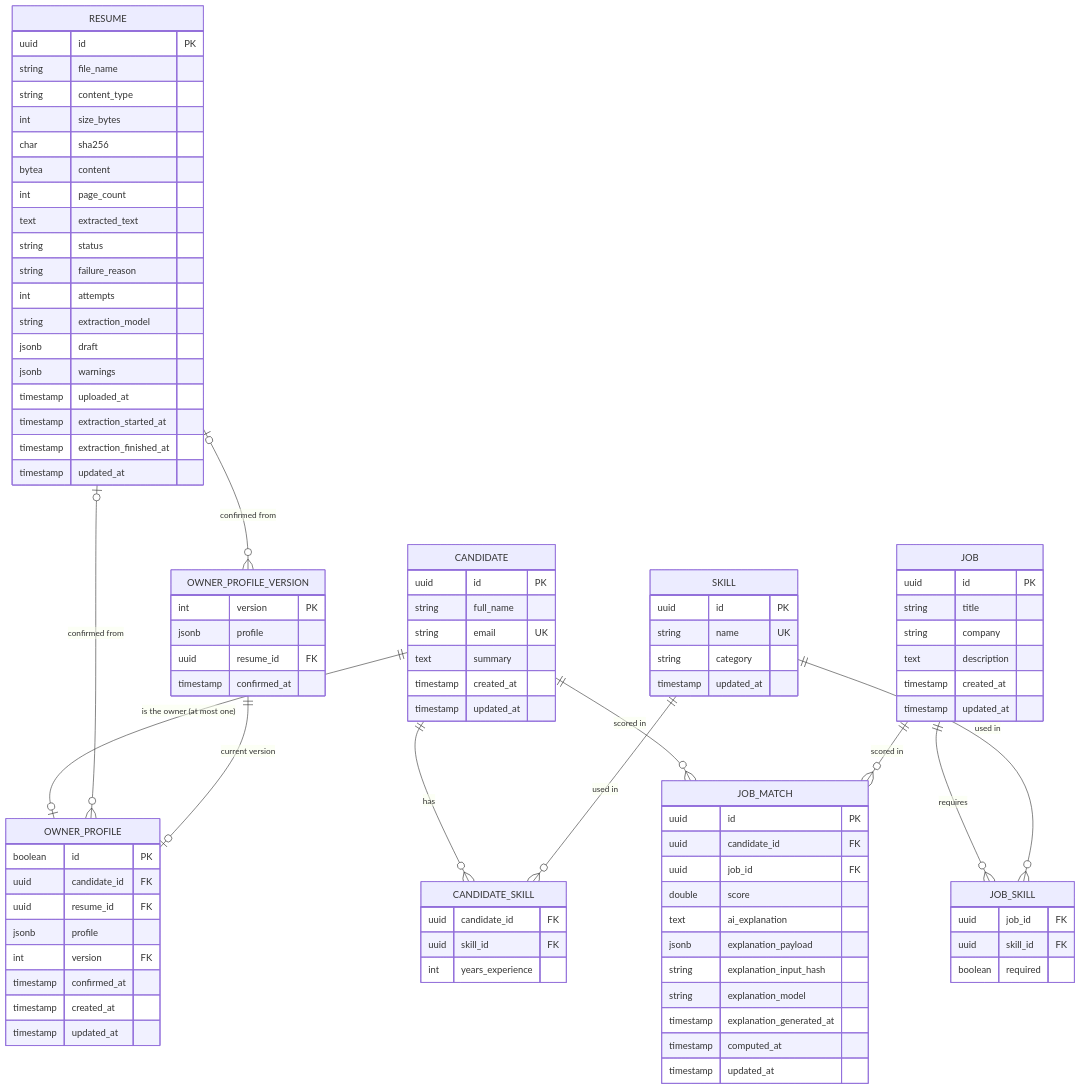
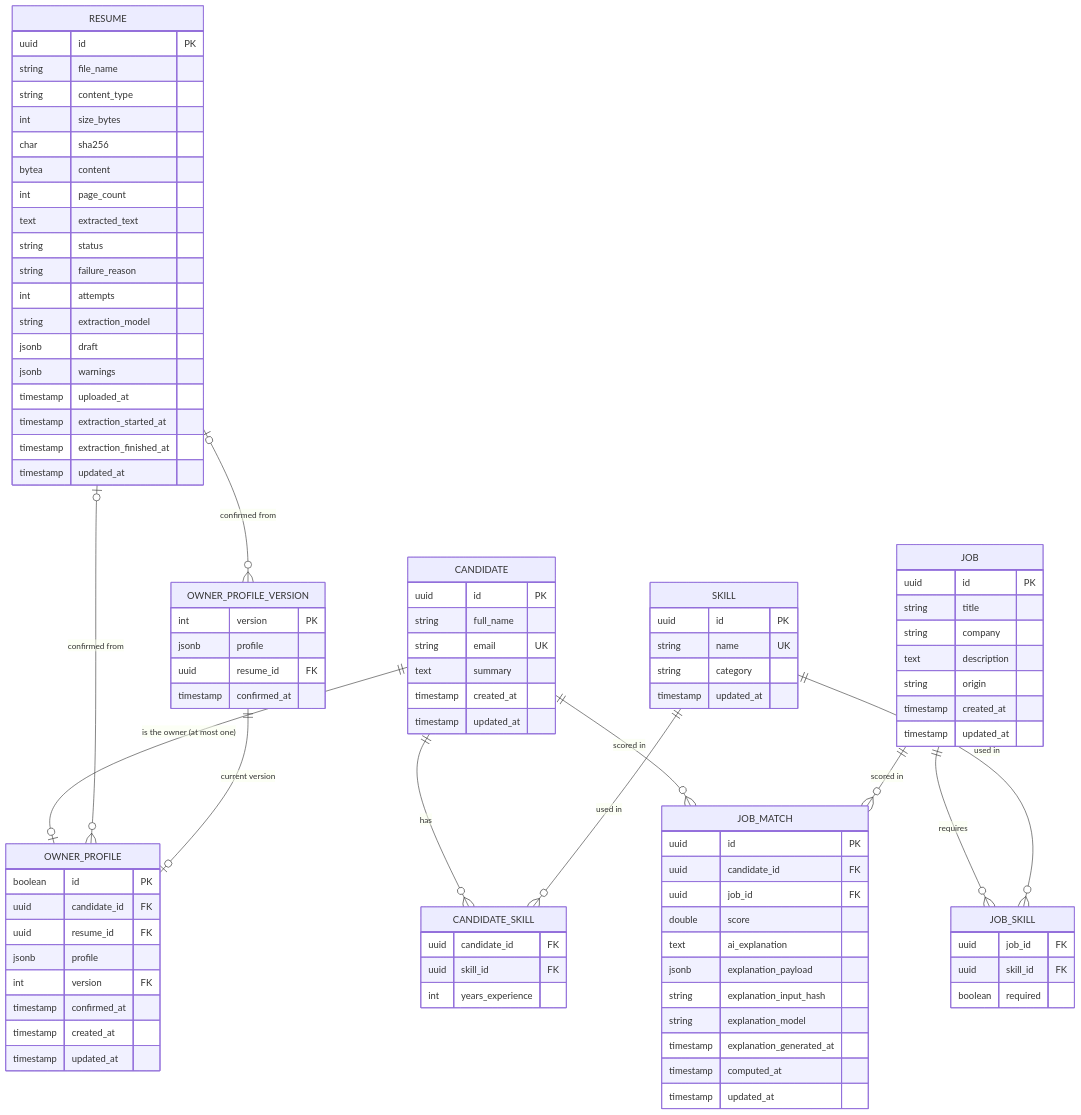
The diagram in DATA_MODEL.md (SeanXIV/talentmatch-ai), drawn with Mermaid before and after one commit. The commit also changed other lines of this file and 63 other files, not shown here.

```diff
--- a/DATA_MODEL.md
+++ b/DATA_MODEL.md
@@ -40,6 +43,7 @@
         string title
         string company
         text description
+        string origin
         timestamp created_at
         timestamp updated_at
     }
```
